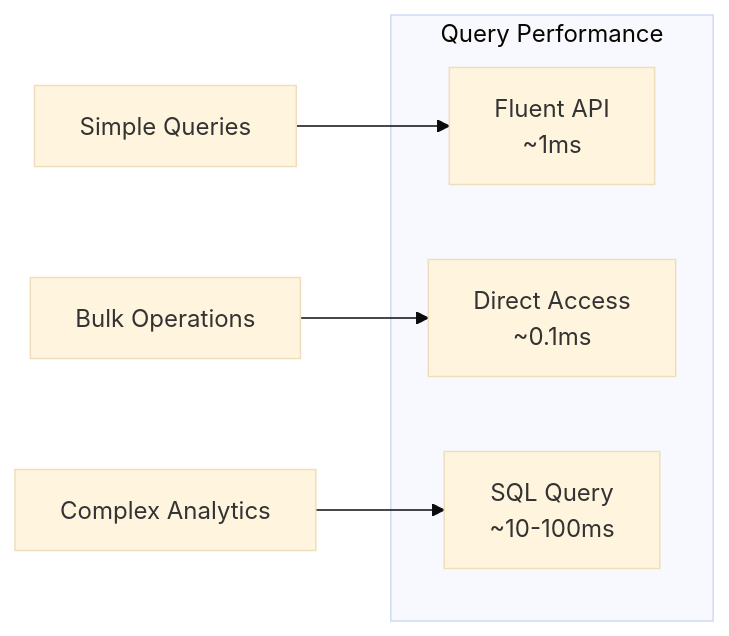
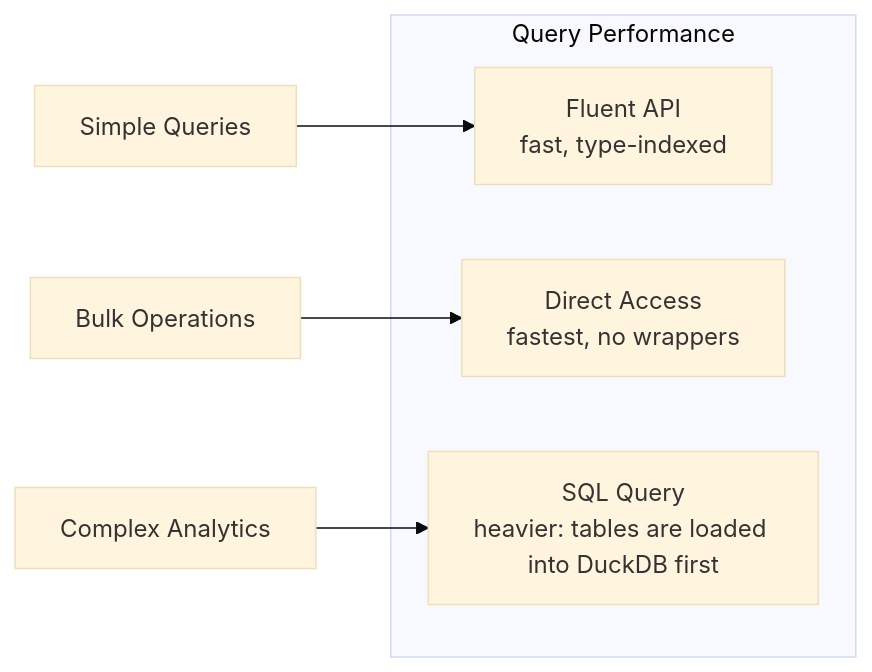
One commit to LTplus-AG/ifc-lite changed the fourth of 4 diagrams in docs/guide/querying.md. Above: the diagram before and after it, drawn with Mermaid (base theme). The commit also changed other lines of this file and 78 other files, not shown here.

````diff
--- a/docs/guide/querying.md
+++ b/docs/guide/querying.md
@@ -357,12 +360,12 @@
 ```mermaid
 graph LR
     subgraph Performance["Query Performance"]
-        Fluent["Fluent API<br/>~1ms"]
-        Direct["Direct Access<br/>~0.1ms"]
-        SQL["SQL Query<br/>~10-100ms"]
+        Fluent["Fluent API<br/>fast, type-indexed"]
+        Direct["Direct Access<br/>fastest, no wrappers"]
+        SQL["SQL Query<br/>heavier: tables are loaded into DuckDB first"]
     end
 
     Simple["Simple Queries"] --> Fluent
     Bulk["Bulk Operations"] --> Direct
     Complex["Complex Analytics"] --> SQL
 ```
````
